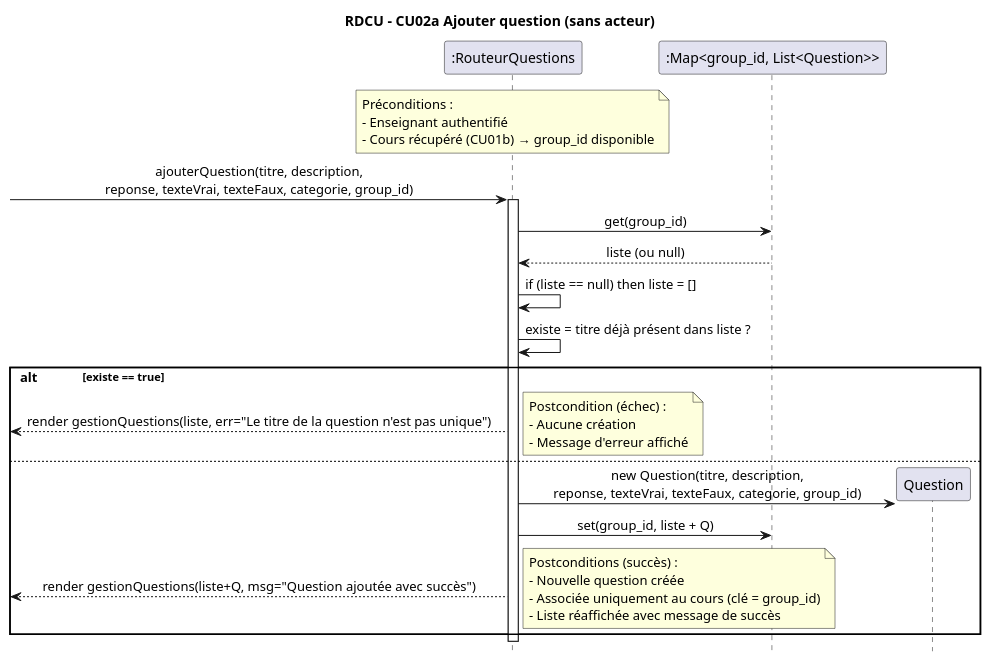
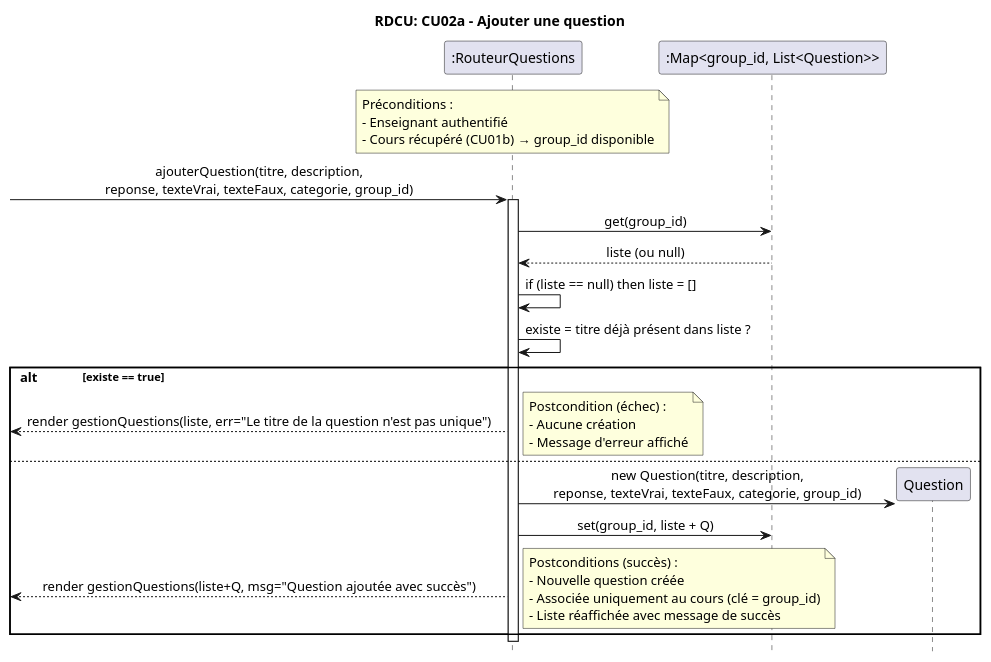
One commit to IshakMegatli1/MoodleCopy changed the diagram in docs/modeles/CU02/RDCU-CU02a-ajouterQuestion.puml. Above: the diagram before and after it, drawn with PlantUML. The commit also changed 6 other files, not shown here.

```diff
--- a/docs/modeles/CU02/RDCU-CU02a-ajouterQuestion.puml
+++ b/docs/modeles/CU02/RDCU-CU02a-ajouterQuestion.puml
@@ -1,49 +1,49 @@
 @startuml
 skinparam sequenceMessageAlign center
 hide footbox
-title RDCU - CU02a Ajouter question (sans acteur)
+title RDCU: CU02a - Ajouter une question
 
 participant ":RouteurQuestions" as RQ
 participant ":Map<group_id, List<Question>>" as STORE
 participant "Question" as Q
 
 ' Préconditions (CU01b déjà fait, group_id dispo)
 note over RQ
   Préconditions :
   - Enseignant authentifié
   - Cours récupéré (CU01b) → group_id disponible
 end note
 
 -> RQ : ajouterQuestion(titre, description,\nreponse, texteVrai, texteFaux, categorie, group_id)
 activate RQ
 
 RQ -> STORE : get(group_id)
 STORE --> RQ : liste (ou null)
 RQ -> RQ : if (liste == null) then liste = []
 
 RQ -> RQ : existe = titre déjà présent dans liste ?
 
 alt existe == true
   <-- RQ: render gestionQuestions(liste, err="Le titre de la question n'est pas unique")
   note left
     Postcondition (échec) :
     - Aucune création
     - Message d'erreur affiché
   end note
 else
   create Q
   RQ -> Q : new Question(titre, description,\nreponse, texteVrai, texteFaux, categorie, group_id)
 
   RQ -> STORE : set(group_id, liste + Q)
 
   <-- RQ: render gestionQuestions(liste+Q, msg="Question ajoutée avec succès")
   note left
     Postconditions (succès) :
     - Nouvelle question créée
     - Associée uniquement au cours (clé = group_id)
     - Liste réaffichée avec message de succès
   end note
 end
 
 deactivate RQ
 @enduml
```
